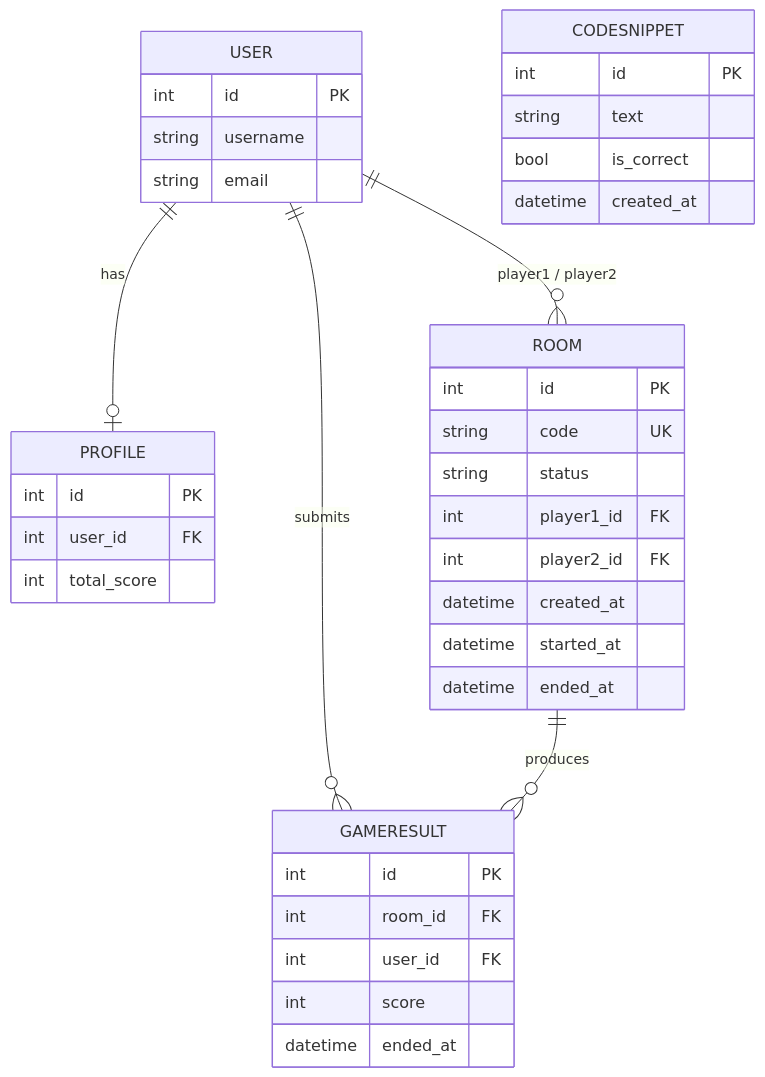
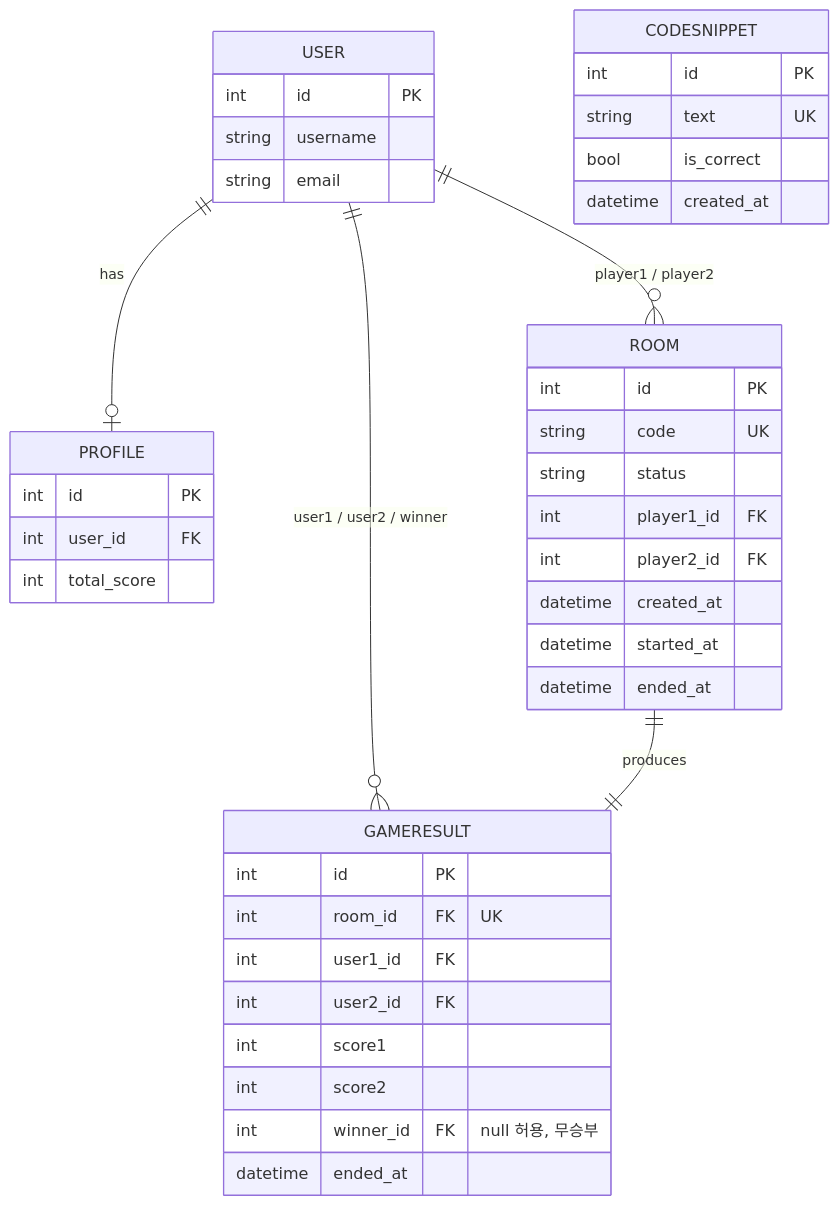
One commit to madcamp-official/26s-w1-c2-06 changed the diagram in README.md. Above: the diagram before and after it, drawn with Mermaid. The commit also changed other lines of this file, not shown here.

````diff
--- a/README.md
+++ b/README.md
@@ -65,41 +78,44 @@
 ```mermaid
 erDiagram
     USER ||--o| PROFILE : has
     USER ||--o{ ROOM : "player1 / player2"
-    USER ||--o{ GAMERESULT : submits
-    ROOM ||--o{ GAMERESULT : produces
+    USER ||--o{ GAMERESULT : "user1 / user2 / winner"
+    ROOM ||--|| GAMERESULT : produces
 
     USER {
         int id PK
         string username
         string email
     }
     PROFILE {
         int id PK
         int user_id FK
         int total_score
     }
     ROOM {
         int id PK
         string code UK
         string status
         int player1_id FK
         int player2_id FK
         datetime created_at
         datetime started_at
         datetime ended_at
     }
     GAMERESULT {
         int id PK
-        int room_id FK
-        int user_id FK
-        int score
+        int room_id FK "UK"
+        int user1_id FK
+        int user2_id FK
+        int score1
+        int score2
+        int winner_id FK "null 허용, 무승부"
         datetime ended_at
     }
     CODESNIPPET {
         int id PK
-        string text
+        string text UK
         bool is_correct
         datetime created_at
     }
 ```
````
